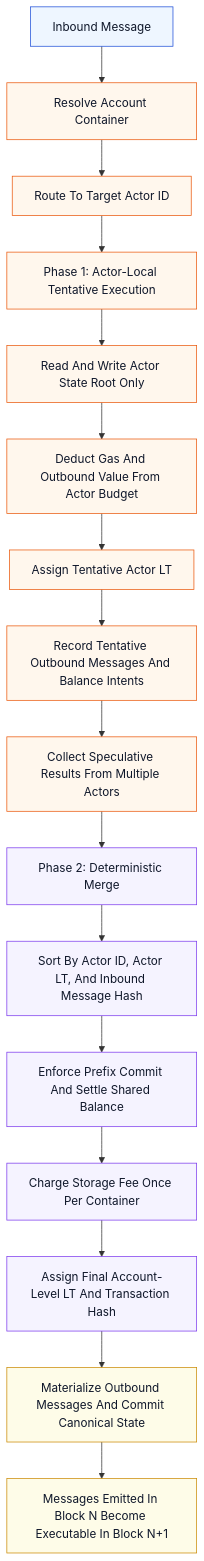
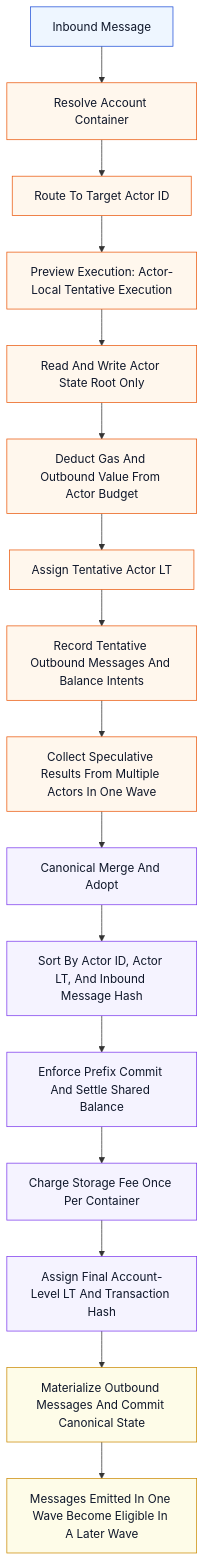
One commit to tosnetwork/tos changed the second of 5 diagrams in doc/actor-v3.md. Above: the diagram before and after it, drawn with Mermaid. The commit also changed other lines of this file and 1 other file, not shown here.

Commit message:
Align actor docs with admission and wave execution

````diff
--- a/doc/actor-v3.md
+++ b/doc/actor-v3.md
@@ -1150,34 +1194,34 @@
 ```mermaid
 flowchart TD
   A1["Inbound Message"]
   A2["Resolve Account Container"]
   A3["Route To Target Actor ID"]
-  A4["Phase 1: Actor-Local Tentative Execution"]
+  A4["Preview Execution: Actor-Local Tentative Execution"]
   A5["Read And Write Actor State Root Only"]
   A6["Deduct Gas And Outbound Value From Actor Budget"]
   A7["Assign Tentative Actor LT"]
   A8["Record Tentative Outbound Messages And Balance Intents"]
-  A9["Collect Speculative Results From Multiple Actors"]
-  A10["Phase 2: Deterministic Merge"]
+  A9["Collect Speculative Results From Multiple Actors In One Wave"]
+  A10["Canonical Merge And Adopt"]
   A11["Sort By Actor ID, Actor LT, And Inbound Message Hash"]
   A12["Enforce Prefix Commit And Settle Shared Balance"]
   A13["Charge Storage Fee Once Per Container"]
   A14["Assign Final Account-Level LT And Transaction Hash"]
   A15["Materialize Outbound Messages And Commit Canonical State"]
-  A16["Messages Emitted In Block N Become Executable In Block N+1"]
+  A16["Messages Emitted In One Wave Become Eligible In A Later Wave"]
 
   A1 --> A2 --> A3 --> A4
   A4 --> A5 --> A6 --> A7 --> A8 --> A9 --> A10
   A10 --> A11 --> A12 --> A13 --> A14 --> A15 --> A16
 
   classDef inbound fill:#eef6ff,stroke:#1d4ed8,color:#0f172a,stroke-width:1px;
   classDef phase1 fill:#fff7ed,stroke:#ea580c,color:#0f172a,stroke-width:1px;
   classDef phase2 fill:#f5f3ff,stroke:#7c3aed,color:#0f172a,stroke-width:1px;
   classDef commit fill:#f0fdf4,stroke:#16a34a,color:#0f172a,stroke-width:1px;
   classDef queue fill:#fefce8,stroke:#ca8a04,color:#0f172a,stroke-width:1px;
 
   class A1 inbound;
   class A2,A3,A4,A5,A6,A7,A8,A9 phase1;
   class A10,A11,A12,A13,A14 phase2;
   class A15,A16 queue;
 ```
````
